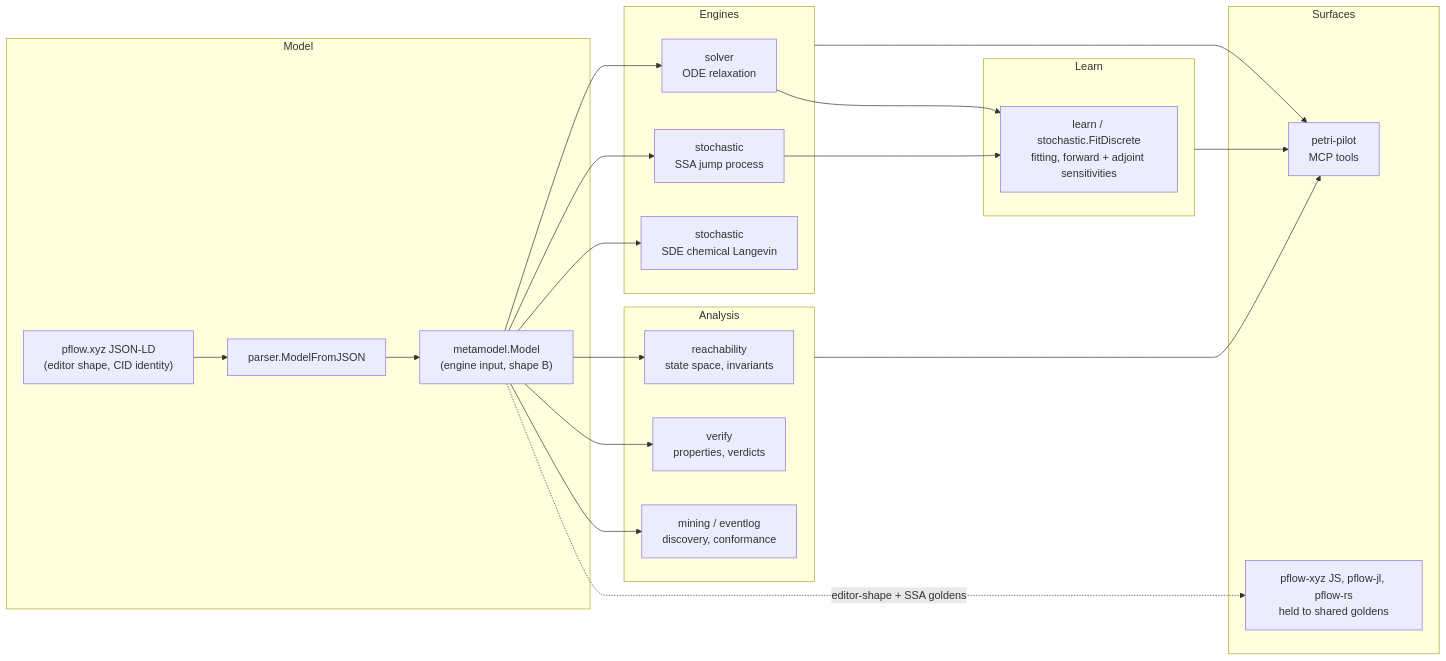
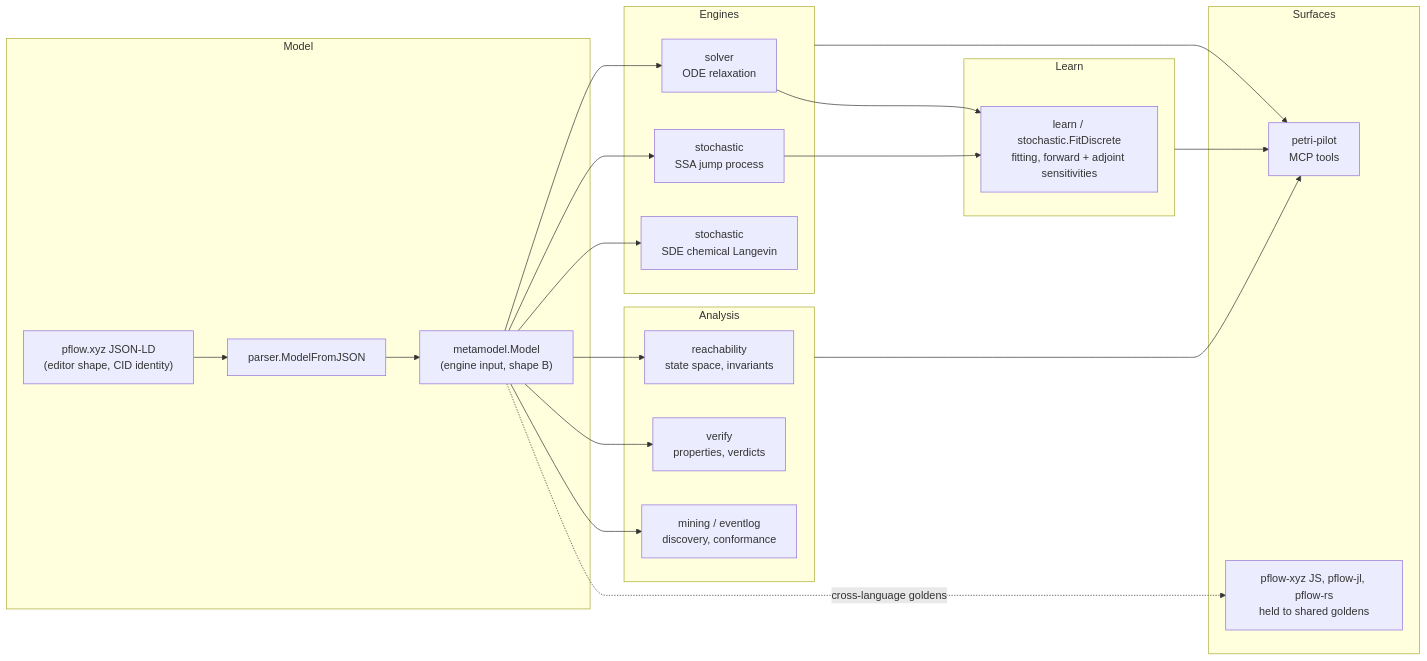
One commit to pflow-xyz/go-pflow changed the diagram in README.md. Above: the diagram before and after it, drawn with Mermaid. The commit also changed other lines of this file and 4 other files, not shown here.

First line of the commit message:
docs: fix every restatement of the overstated cross-language parity claim

````diff
--- a/README.md
+++ b/README.md
@@ -50,31 +52,31 @@
 ```mermaid
 flowchart LR
     subgraph model [Model]
         JSONLD["pflow.xyz JSON-LD<br/>(editor shape, CID identity)"]
         P["parser.ModelFromJSON"]
         MM["metamodel.Model<br/>(engine input, shape B)"]
         JSONLD --> P --> MM
     end
     subgraph engines [Engines]
         ODE["solver<br/>ODE relaxation"]
         SSA["stochastic<br/>SSA jump process"]
         SDE["stochastic<br/>SDE chemical Langevin"]
     end
     subgraph learn [Learn]
         FIT["learn / stochastic.FitDiscrete<br/>fitting, forward + adjoint sensitivities"]
     end
     subgraph analysis [Analysis]
         R["reachability<br/>state space, invariants"]
         V["verify<br/>properties, verdicts"]
         M["mining / eventlog<br/>discovery, conformance"]
     end
     subgraph surfaces [Surfaces]
         PILOT["petri-pilot<br/>MCP tools"]
         PORTS["pflow-xyz JS, pflow-jl, pflow-rs<br/>held to shared goldens"]
     end
     MM --> ODE & SSA & SDE
     ODE & SSA --> FIT
     MM --> R & V & M
     engines & learn & analysis --> PILOT
-    MM -. "editor-shape + SSA goldens" .-> PORTS
+    MM -. "cross-language goldens" .-> PORTS
 ```
````
